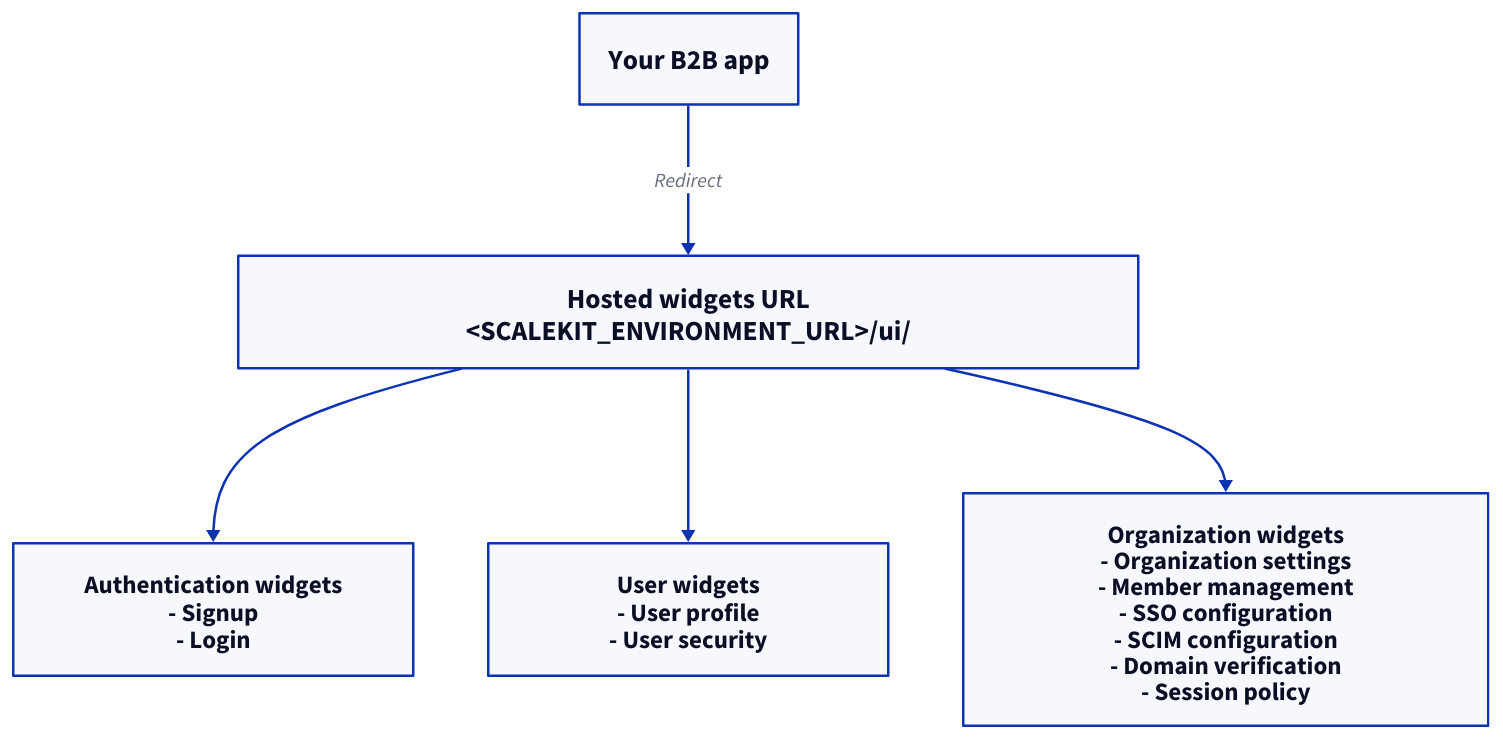
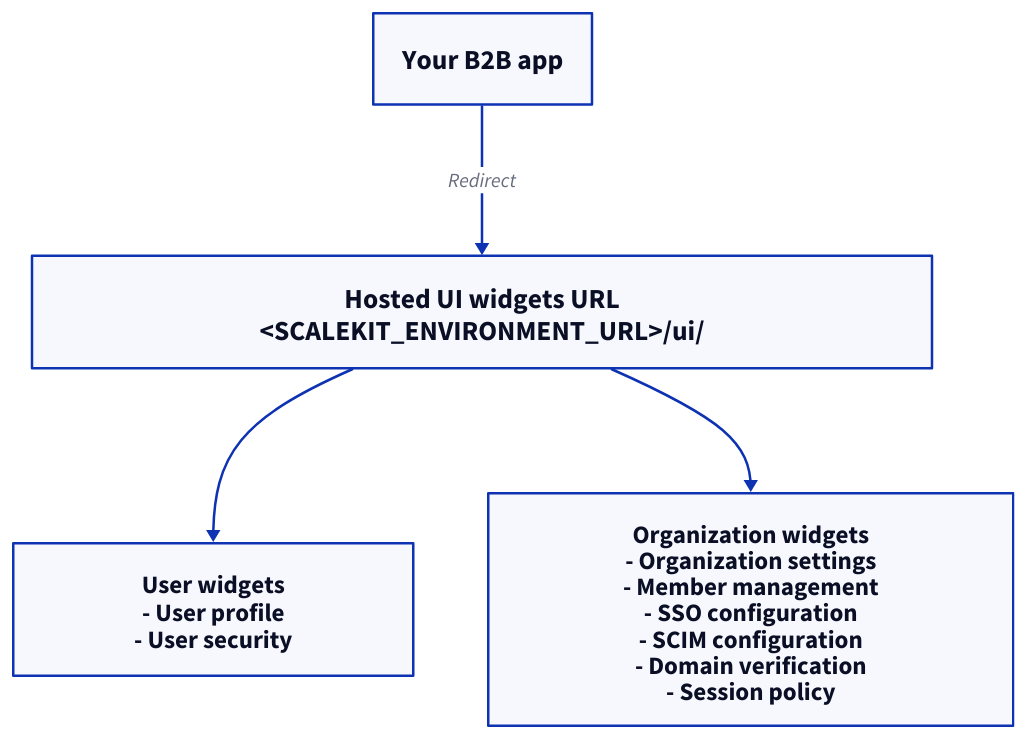
One commit to scalekit-inc/developer-docs changed the diagram in src/content/docs/authenticate/manage-users-orgs/hosted-widgets.mdx. Above: the diagram before and after it, drawn with D2. The commit also changed other lines of this file and 3 other files, not shown here.

First line of the commit message:
docs: clarify Hosted widgets as SaaSKit portal vs Admin portal (SK-972) (#817)

````diff
--- a/src/content/docs/authenticate/manage-users-orgs/hosted-widgets.mdx
+++ b/src/content/docs/authenticate/manage-users-orgs/hosted-widgets.mdx
@@ -23,32 +44,26 @@
 ```d2 pad=56 layout=elk
 direction: down
 
 your_app: "Your B2B app" {
   style.font-size: 22
 }
 
-hosted: "Hosted widgets URL\n<SCALEKIT_ENVIRONMENT_URL>/ui/" {
+hosted: "Hosted UI widgets URL\n<SCALEKIT_ENVIRONMENT_URL>/ui/" {
   style.font-size: 22
   width: 720
-}
-
-auth_widgets: "Authentication widgets\n- Signup\n- Login" {
-  style.font-size: 20
-  width: 320
 }
 
 user_widgets: "User widgets\n- User profile\n- User security" {
   style.font-size: 20
   width: 320
 }
 
 org_widgets: "Organization widgets\n- Organization settings\n- Member management\n- SSO configuration\n- SCIM configuration\n- Domain verification\n- Session policy" {
   style.font-size: 20
   width: 420
 }
 
 your_app -> hosted: "Redirect"
-hosted -> auth_widgets
 hosted -> user_widgets
 hosted -> org_widgets
 ```
````
